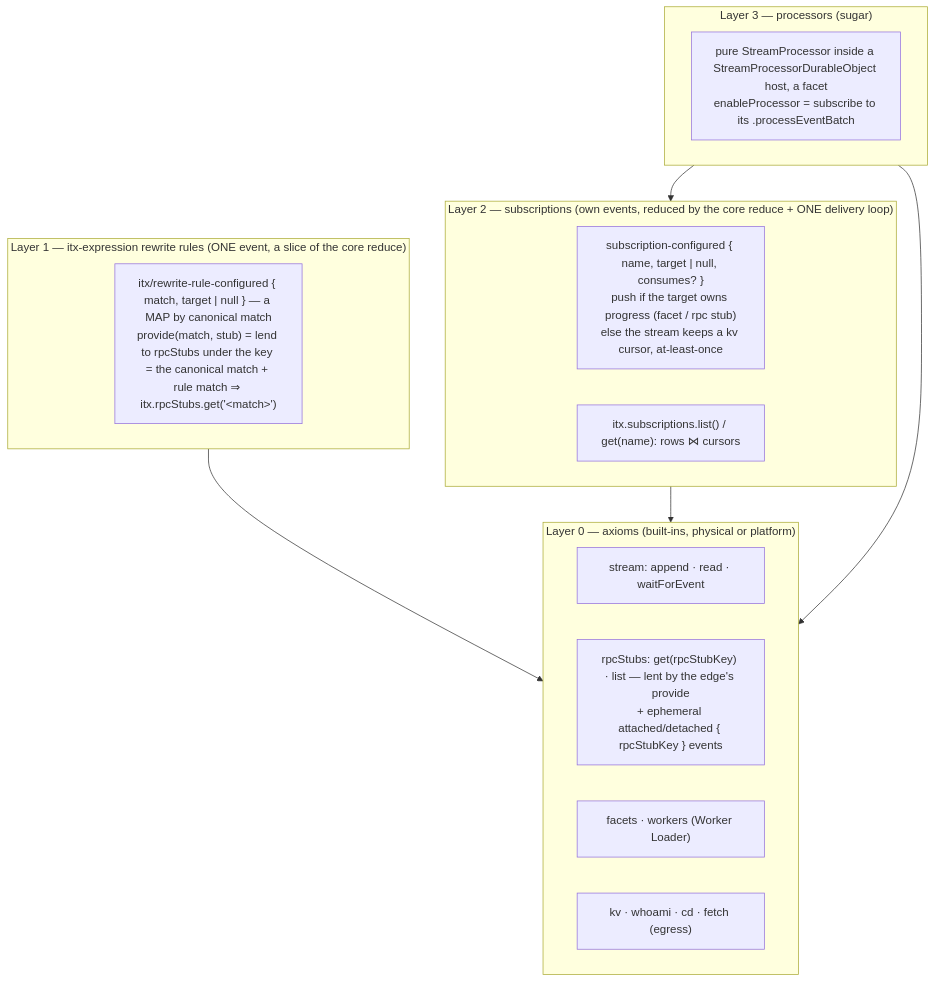
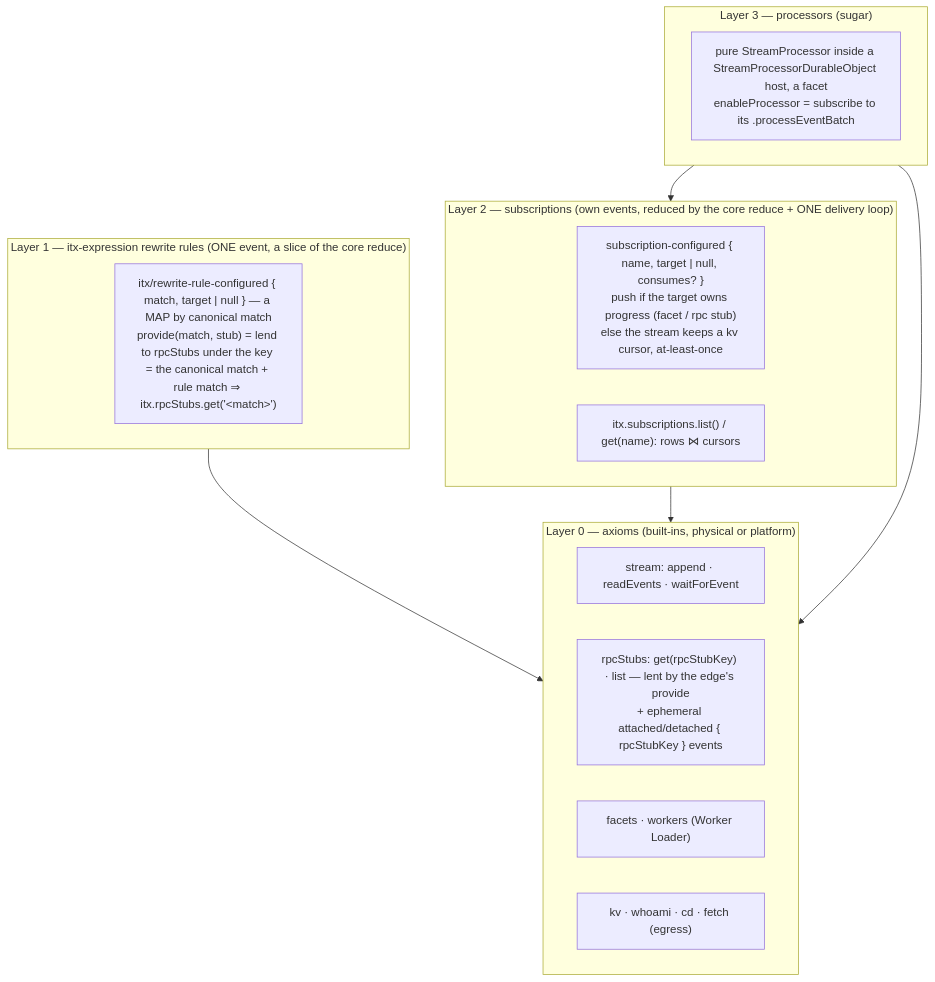
Before and after one commit to iterate/iterate: the diagram in packages/v3/project-worker/docs/design-onion-subscriptions-processors.md, drawn with Mermaid. The commit also changed other lines of this file and 35 other files, not shown here.

````diff
--- a/packages/v3/project-worker/docs/design-onion-subscriptions-processors.md
+++ b/packages/v3/project-worker/docs/design-onion-subscriptions-processors.md
@@ -47,23 +47,23 @@
 ```mermaid
 flowchart TB
   subgraph L0["Layer 0 — axioms (built-ins, physical or platform)"]
-    stream["stream: append · read · waitForEvent"]
+    stream["stream: append · readEvents · waitForEvent"]
     stubs["rpcStubs: get(rpcStubKey) · list — lent by the edge's provide<br/>+ ephemeral attached/detached { rpcStubKey } events"]
     facets["facets · workers (Worker Loader)"]
     misc["kv · whoami · cd · fetch (egress)"]
   end
   subgraph L1["Layer 1 — itx-expression rewrite rules (ONE event, a slice of the core reduce)"]
     rule["itx/rewrite-rule-configured { match, target | null } — a MAP by canonical match<br/>provide(match, stub) = lend to rpcStubs under the key = the canonical match + rule match ⇒ itx.rpcStubs.get('&lt;match&gt;')"]
   end
   subgraph L2["Layer 2 — subscriptions (own events, reduced by the core reduce + ONE delivery loop)"]
     sub["subscription-configured { name, target | null, consumes? }<br/>push if the target owns progress (facet / rpc stub)<br/>else the stream keeps a kv cursor, at-least-once"]
     view["itx.subscriptions.list() / get(name): rows ⋈ cursors"]
   end
   subgraph L3["Layer 3 — processors (sugar)"]
     proc["pure StreamProcessor inside a StreamProcessorDurableObject host, a facet<br/>enableProcessor = subscribe to its .processEventBatch"]
   end
   L1 --> L0
   L2 --> L0
   L3 --> L2
   L3 --> L0
 ```
````
